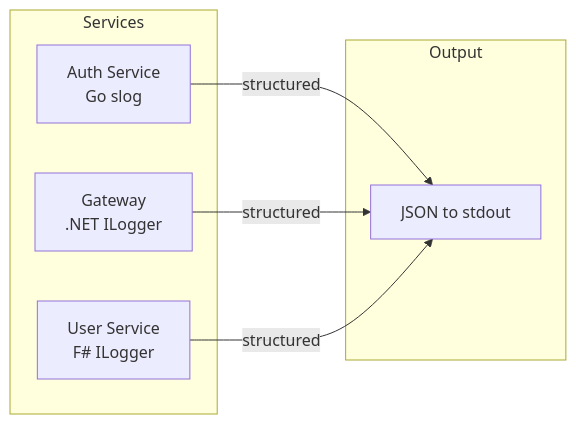
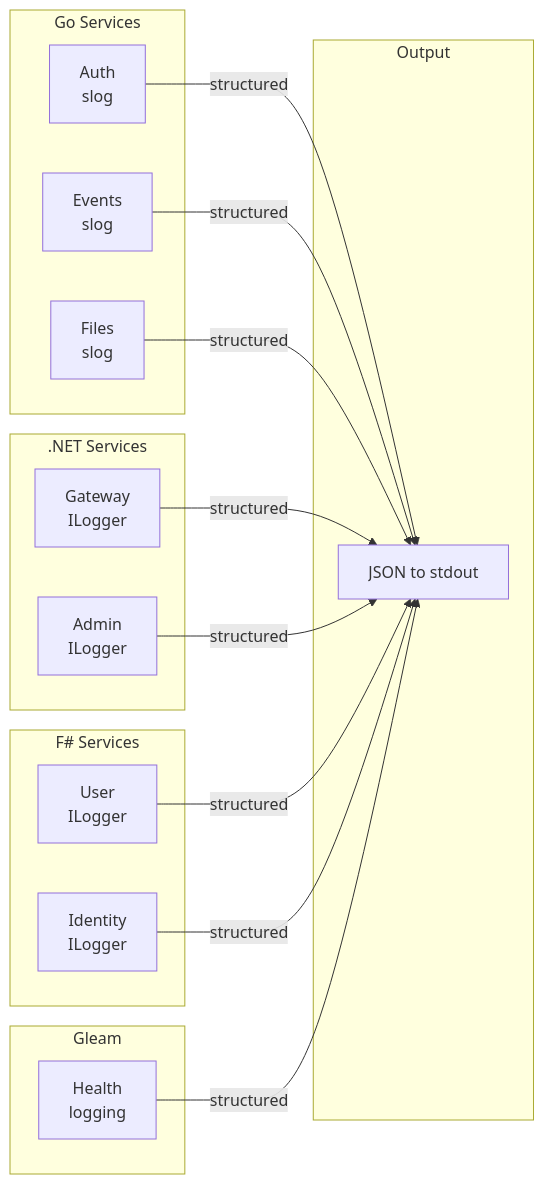
The first of 2 diagrams in docs/guide/logging.md (Nechja/hellArch), drawn with Mermaid before and after one commit. The commit also changed 34 other files, not shown here.

````diff
--- a/docs/guide/logging.md
+++ b/docs/guide/logging.md
@@ -7,16 +7,35 @@
 ```mermaid
 graph LR
-    subgraph Services
-        AUTH[Auth Service<br/>Go slog]
-        GW[Gateway<br/>.NET ILogger]
-        USER[User Service<br/>F# ILogger]
+    subgraph Go Services
+        AUTH[Auth<br/>slog]
+        EVENTS[Events<br/>slog]
+        FILES[Files<br/>slog]
+    end
+
+    subgraph .NET Services
+        GW[Gateway<br/>ILogger]
+        ADMIN[Admin<br/>ILogger]
+    end
+
+    subgraph F# Services
+        USER[User<br/>ILogger]
+        IDENTITY[Identity<br/>ILogger]
+    end
+
+    subgraph Gleam
+        HEALTH[Health<br/>logging]
     end
 
     subgraph Output
         JSON[JSON to stdout]
     end
 
     AUTH -->|structured| JSON
+    EVENTS -->|structured| JSON
+    FILES -->|structured| JSON
     GW -->|structured| JSON
+    ADMIN -->|structured| JSON
     USER -->|structured| JSON
+    IDENTITY -->|structured| JSON
+    HEALTH -->|structured| JSON
 ```
````
